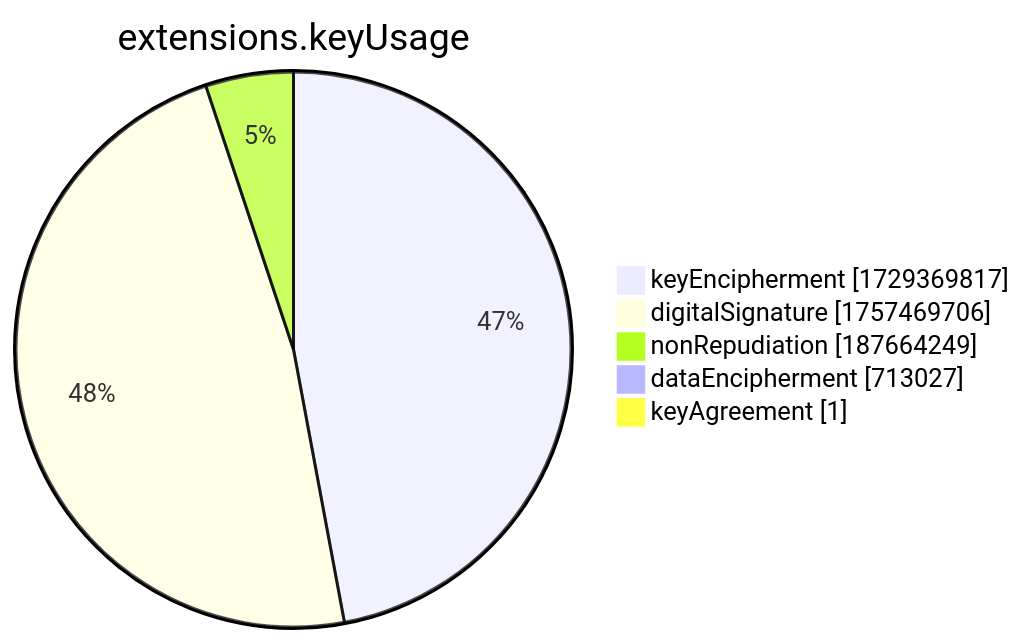
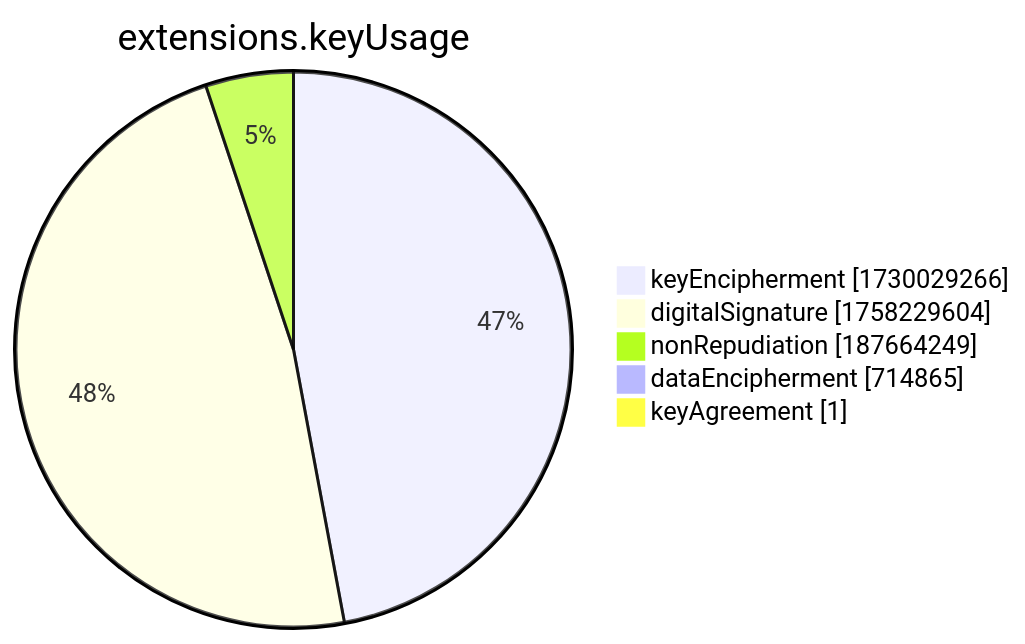
The seventh of 15 diagrams in xenon2022/README.md (christiankrug/ctmonitor_visualization), drawn with Mermaid before and after one commit. The commit also changed other lines of this file, not shown here.

````diff
--- a/xenon2022/README.md
+++ b/xenon2022/README.md
@@ -2859,9 +2859,9 @@
 ```mermaid
 pie showData
 title extensions.keyUsage
-"keyEncipherment" :1729369817
-"digitalSignature" :1757469706
+"keyEncipherment" :1730029266
+"digitalSignature" :1758229604
 "nonRepudiation" :187664249
-"dataEncipherment" :713027
+"dataEncipherment" :714865
 "keyAgreement" :1
 ```
````
